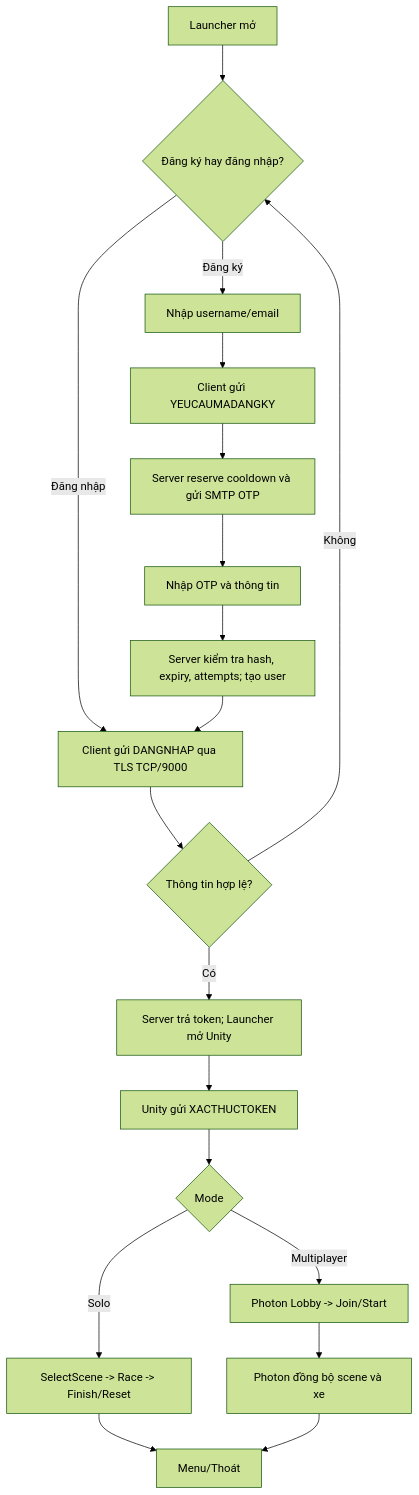
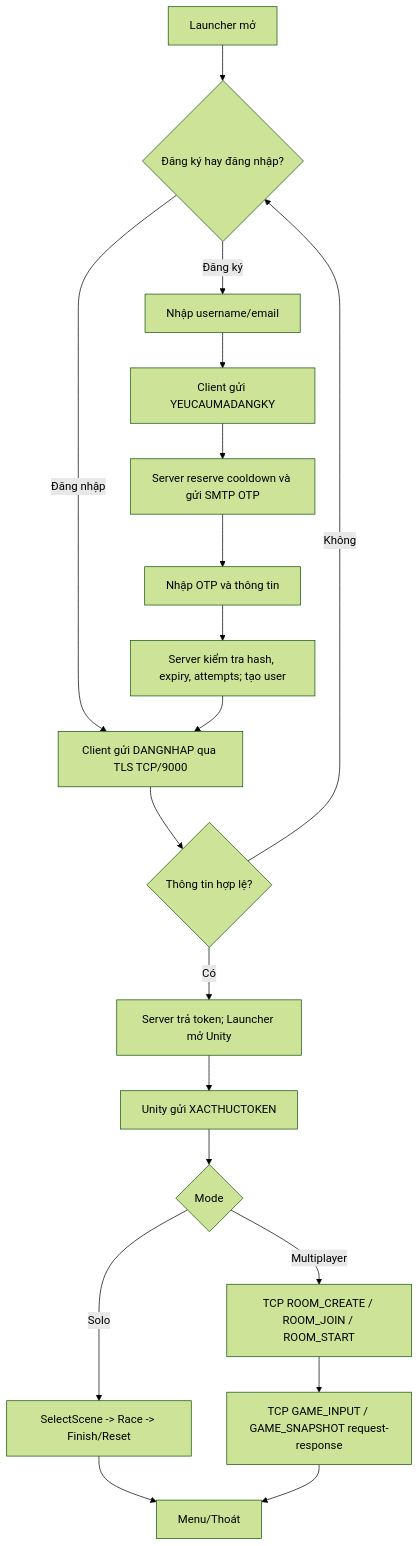
One commit to thanhnhi8769-ctrl/DanToPhong changed the first of 2 diagrams in BAO_CAO_TRIEN_KHAI_VA_KIEM_THU.md. Above: the diagram before and after it, drawn with Mermaid (forest theme). The commit also changed other lines of this file and 1840 other files, not shown here.

````diff
--- a/BAO_CAO_TRIEN_KHAI_VA_KIEM_THU.md
+++ b/BAO_CAO_TRIEN_KHAI_VA_KIEM_THU.md
@@ -291,21 +315,21 @@
 ```mermaid
 flowchart TD
     A[Launcher mở] --> B{Đăng ký hay đăng nhập?}
     B -->|Đăng ký| C[Nhập username/email]
     C --> D[Client gửi YEUCAUMADANGKY]
     D --> E[Server reserve cooldown và gửi SMTP OTP]
     E --> F[Nhập OTP và thông tin]
     F --> G[Server kiểm tra hash, expiry, attempts; tạo user]
     B -->|Đăng nhập| H[Client gửi DANGNHAP qua TLS TCP/9000]
     G --> H
     H --> I{Thông tin hợp lệ?}
     I -->|Không| B
     I -->|Có| J[Server trả token; Launcher mở Unity]
     J --> K[Unity gửi XACTHUCTOKEN]
     K --> L{Mode}
     L -->|Solo| M[SelectScene -> Race -> Finish/Reset]
-    L -->|Multiplayer| N[Photon Lobby -> Join/Start]
-    N --> O[Photon đồng bộ scene và xe]
+    L -->|Multiplayer| N[TCP ROOM_CREATE / ROOM_JOIN / ROOM_START]
+    N --> O[TCP GAME_INPUT / GAME_SNAPSHOT request-response]
     M --> P[Menu/Thoát]
     O --> P
 ```
````
